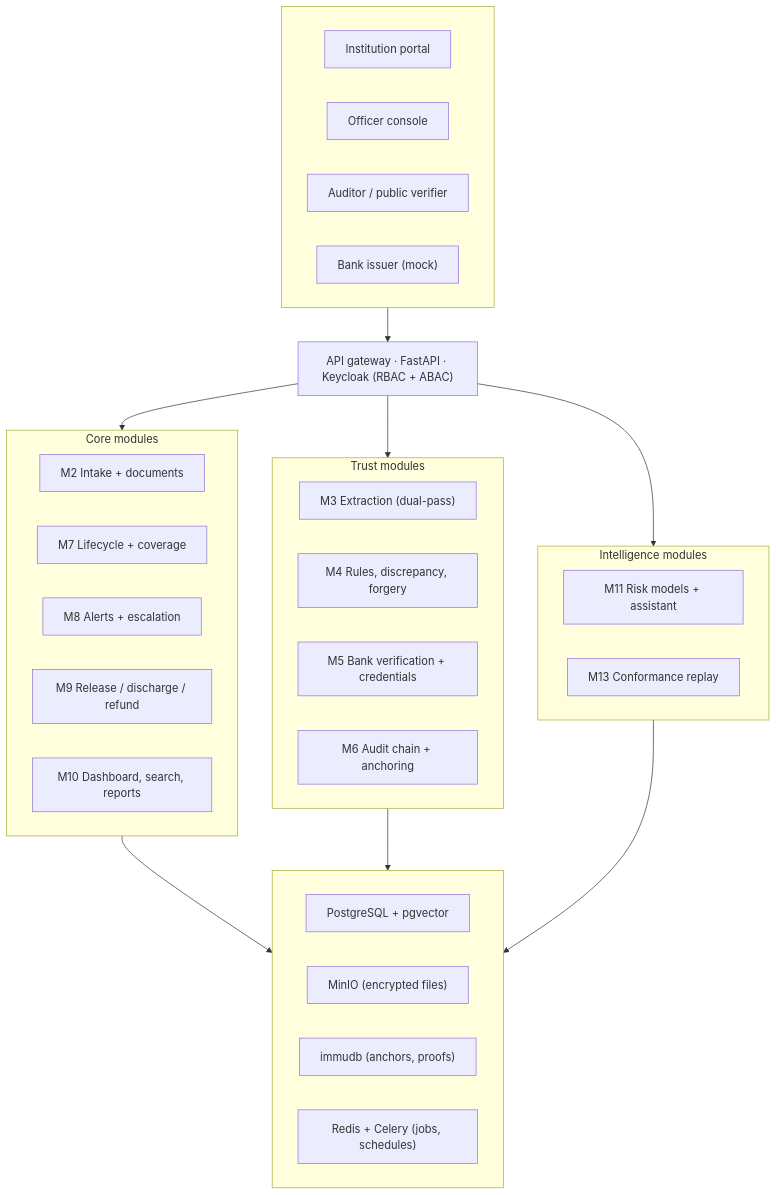
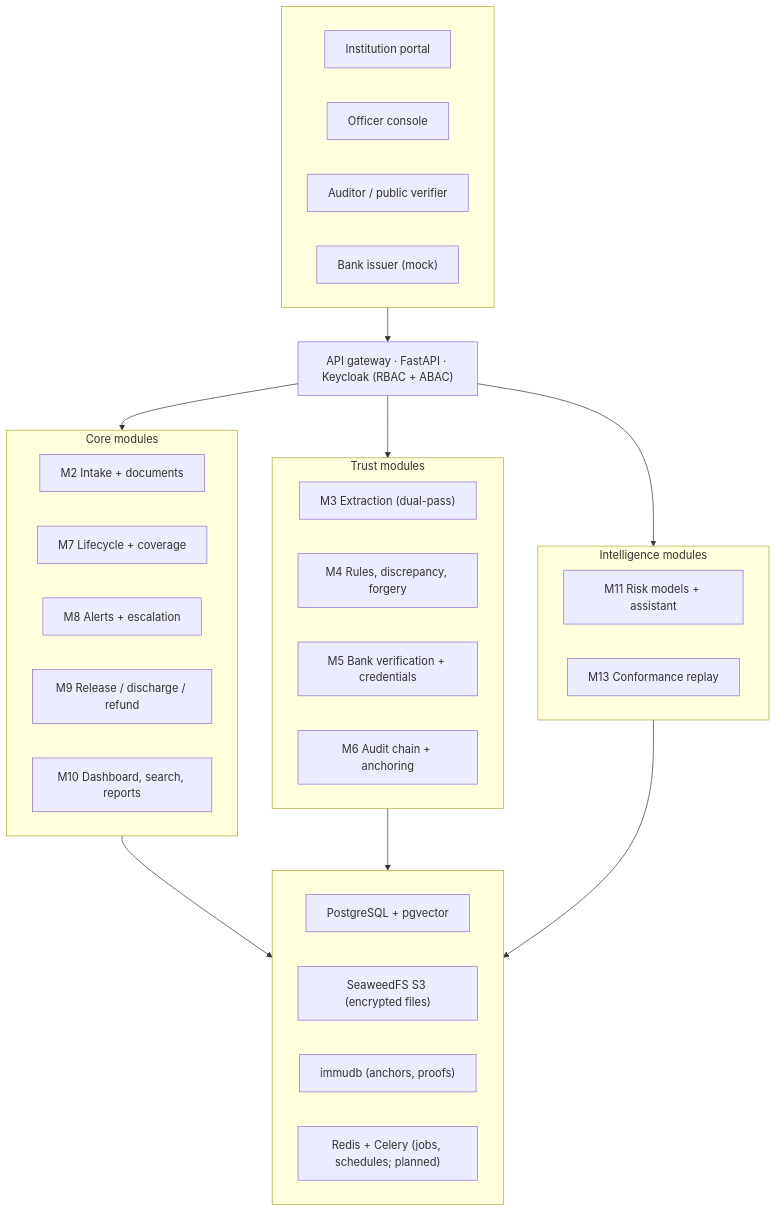
Before and after one commit to mayank-bajaj-ai24/DepositTrack-AICTE-FDR-Management: the first of 3 diagrams in IMPLEMENTATION_PLAN.md, drawn with Mermaid. The commit also changed other lines of this file, not shown here.

````diff
--- a/IMPLEMENTATION_PLAN.md
+++ b/IMPLEMENTATION_PLAN.md
@@ -369,50 +369,50 @@
 ```mermaid
 flowchart TB
     subgraph Actors[" "]
         direction LR
         A1["Institution portal"]
         A2["Officer console"]
         A3["Auditor / public verifier"]
         A4["Bank issuer (mock)"]
     end
 
     GW["API gateway · FastAPI · Keycloak (RBAC + ABAC)"]
 
     subgraph Core["Core modules"]
         direction LR
         M2["M2 Intake + documents"]
         M7["M7 Lifecycle + coverage"]
         M8["M8 Alerts + escalation"]
         M9["M9 Release / discharge / refund"]
         M10["M10 Dashboard, search, reports"]
     end
 
     subgraph Trust["Trust modules"]
         direction LR
         M3["M3 Extraction (dual-pass)"]
         M4["M4 Rules, discrepancy, forgery"]
         M5["M5 Bank verification + credentials"]
         M6["M6 Audit chain + anchoring"]
     end
 
     subgraph Intel["Intelligence modules"]
         direction LR
         M11["M11 Risk models + assistant"]
         M13["M13 Conformance replay"]
     end
 
     subgraph Stores[" "]
         direction LR
         D1["PostgreSQL + pgvector"]
-        D2["MinIO (encrypted files)"]
+        D2["SeaweedFS S3 (encrypted files)"]
         D3["immudb (anchors, proofs)"]
-        D4["Redis + Celery (jobs, schedules)"]
+        D4["Redis + Celery (jobs, schedules; planned)"]
     end
 
     Actors --> GW --> Core
     GW --> Trust
     GW --> Intel
     Core --> Stores
     Trust --> Stores
     Intel --> Stores
 ```
````
